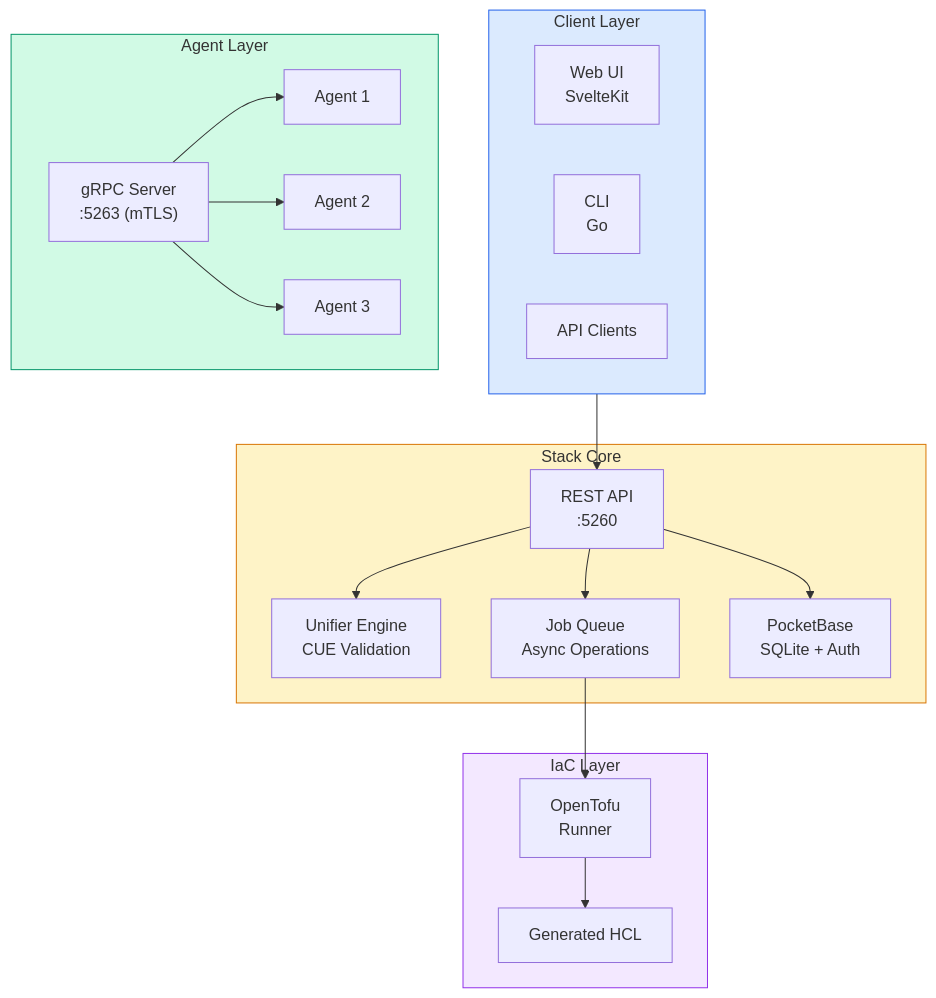
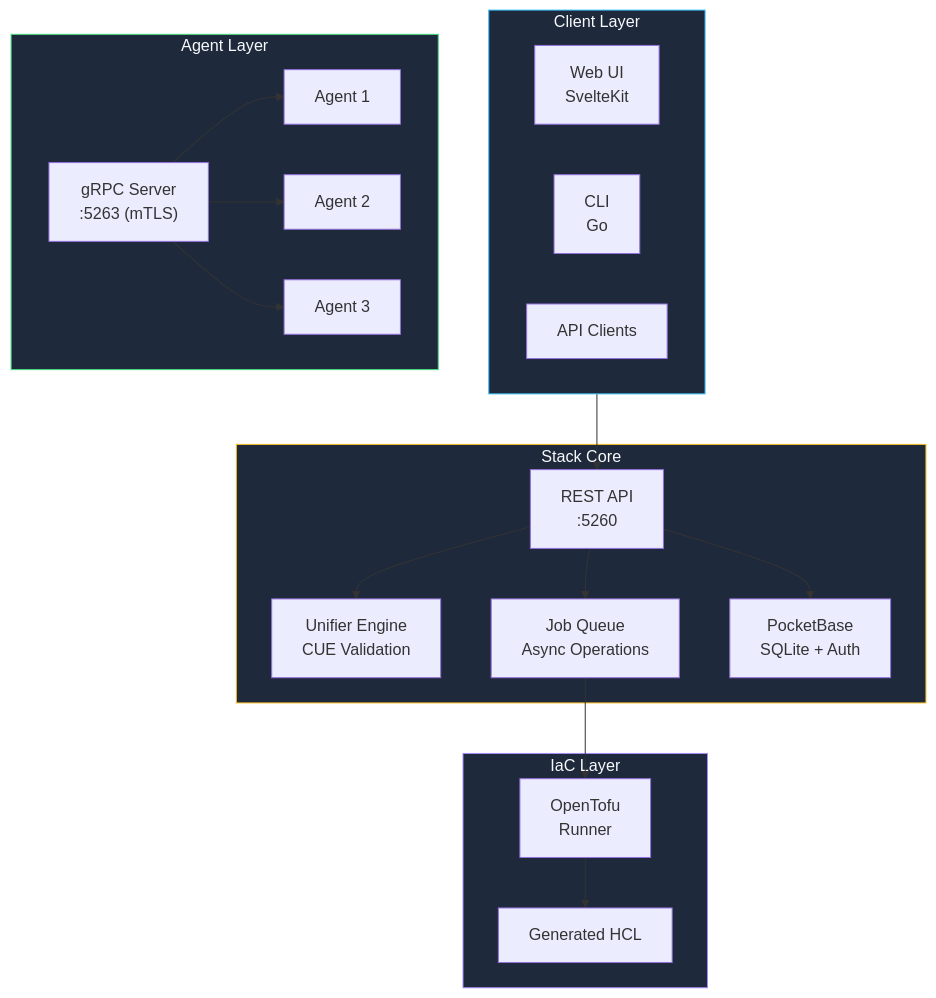
The first of 4 diagrams in stack/architecture.mdx (KombiverseLabs/docs), drawn with Mermaid before and after one commit. The commit also changed other lines of this file and 33 other files, not shown here.

````diff
--- a/stack/architecture.mdx
+++ b/stack/architecture.mdx
@@ -14,43 +14,43 @@
 ```mermaid
 graph TB
     subgraph Clients["Client Layer"]
         UI["Web UI<br/>SvelteKit"]
         CLI["CLI<br/>Go"]
         API_Client["API Clients"]
     end
     
     subgraph Core["Stack Core"]
         API["REST API<br/>:5260"]
         Unifier["Unifier Engine<br/>CUE Validation"]
         Jobs["Job Queue<br/>Async Operations"]
         PB["PocketBase<br/>SQLite + Auth"]
     end
     
     subgraph Agents["Agent Layer"]
         gRPC["gRPC Server<br/>:5263 (mTLS)"]
         A1["Agent 1"]
         A2["Agent 2"]
         A3["Agent 3"]
     end
     
     subgraph IaC["IaC Layer"]
         Tofu["OpenTofu<br/>Runner"]
         TF["Generated HCL"]
     end
     
     Clients --> API
     API --> Unifier
     API --> Jobs
     API --> PB
     Jobs --> Tofu
     Tofu --> TF
     
     gRPC --> A1
     gRPC --> A2
     gRPC --> A3
     
-    style Clients fill:#dbeafe,stroke:#2563eb
-    style Core fill:#fef3c7,stroke:#d97706
-    style Agents fill:#d1fae5,stroke:#059669
-    style IaC fill:#f3e8ff,stroke:#9333ea
+    style Clients fill:#1e293b,stroke:#38bdf8,color:#f8fafc
+    style Core fill:#1e293b,stroke:#fbbf24,color:#f8fafc
+    style Agents fill:#1e293b,stroke:#4ade80,color:#f8fafc
+    style IaC fill:#1e293b,stroke:#a78bfa,color:#f8fafc
 ```
````
